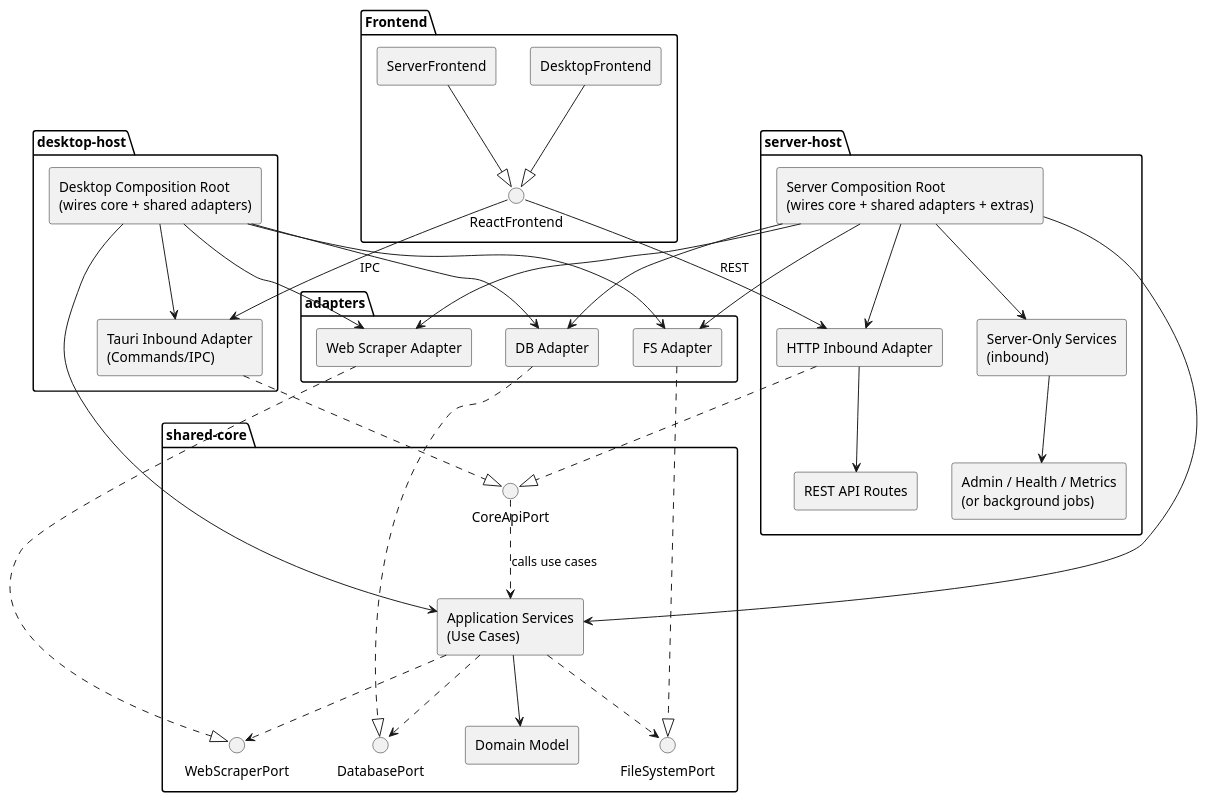
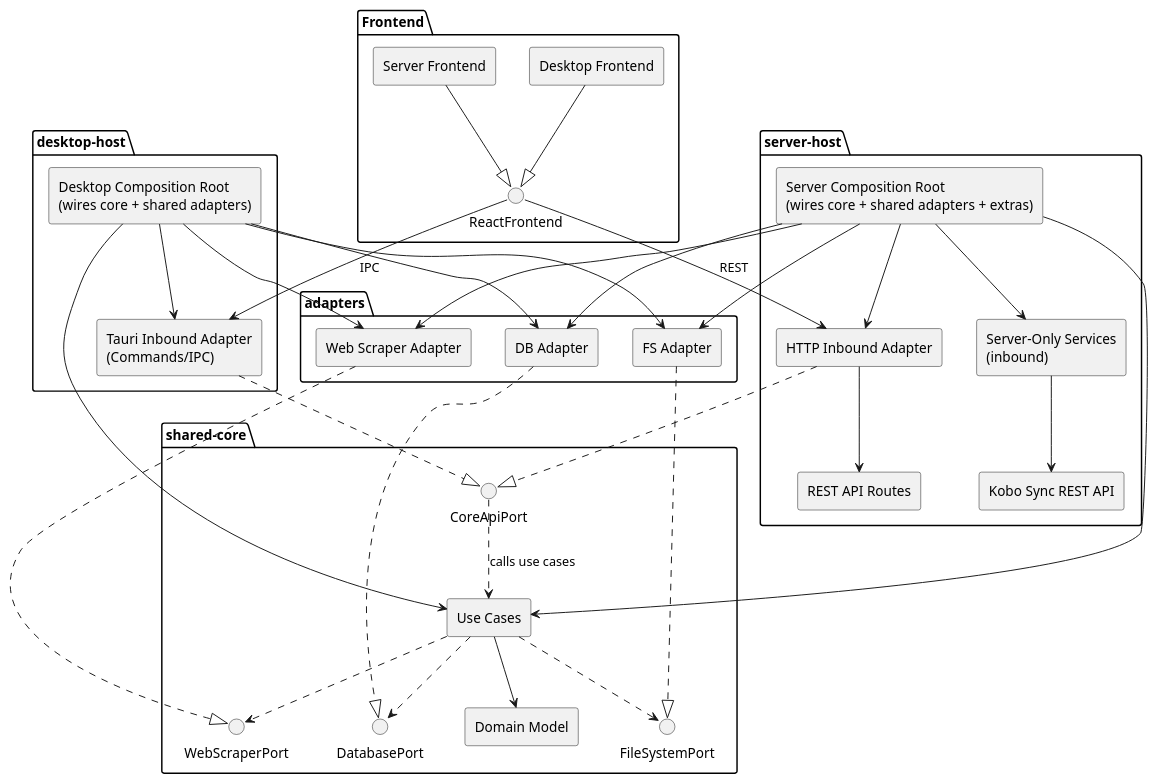
Before and after one commit to praktikantonelli/promethea: the diagram in architecture/0002-hexagonal-components.md, drawn with PlantUML.

Commit message:
fix(ADR): improve structure and labels

```diff
--- a/architecture/0002-hexagonal-components.md
+++ b/architecture/0002-hexagonal-components.md
@@ -28,7 +28,7 @@
 
 
 package shared-core {
-  component "Application Services\n(Use Cases)" as App
+  component "Use Cases" as App
   component "Domain Model" as Domain
 
   ' Inbound port(s)
@@ -83,10 +83,9 @@
   component "HTTP Inbound Adapter" as RESTInbound
   RESTInbound ..|> CoreApiPort
 
-  ' server-only inbound services (not in desktop)
   component "Server-Only Services\n(inbound)" as ServerOnly
   component "REST API Routes" as RestRoutes
-  component "Admin / Health / Metrics\n(or background jobs)" as Ops
+  component "Kobo Sync REST API" as Ops
 
   RESTInbound --> RestRoutes
   ServerOnly --> Ops
@@ -105,8 +104,8 @@
 
 package "Frontend" {
 
-  component DesktopFrontend
-  component ServerFrontend
+  component "Desktop Frontend" as DesktopFrontend
+  component "Server Frontend" as ServerFrontend
   interface ReactFrontend
 
   ReactFrontend --> TauriInbound : IPC
```
